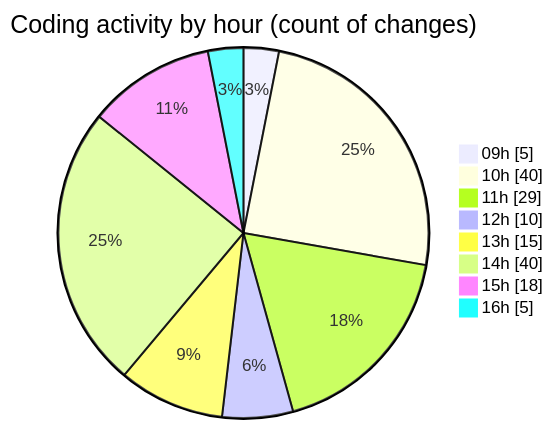
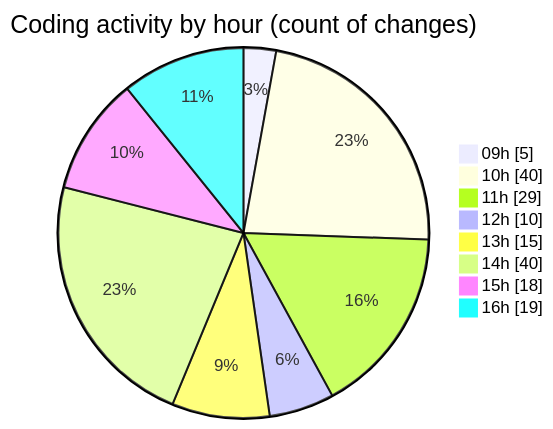
The second of 2 diagrams in 2025-06-02/ecodeli-1/README.md (CELIANVF/code-tracking), drawn with Mermaid before and after one commit. The commit also changed other lines of this file and 1 other file, not shown here.

````diff
--- a/2025-06-02/ecodeli-1/README.md
+++ b/2025-06-02/ecodeli-1/README.md
@@ -95,12 +99,12 @@
 ```mermaid
 pie showData
 title Coding activity by hour (count of changes)
 "09h" : 5
 "10h" : 40
 "11h" : 29
 "12h" : 10
 "13h" : 15
 "14h" : 40
 "15h" : 18
-"16h" : 5
+"16h" : 19
 ```
````
